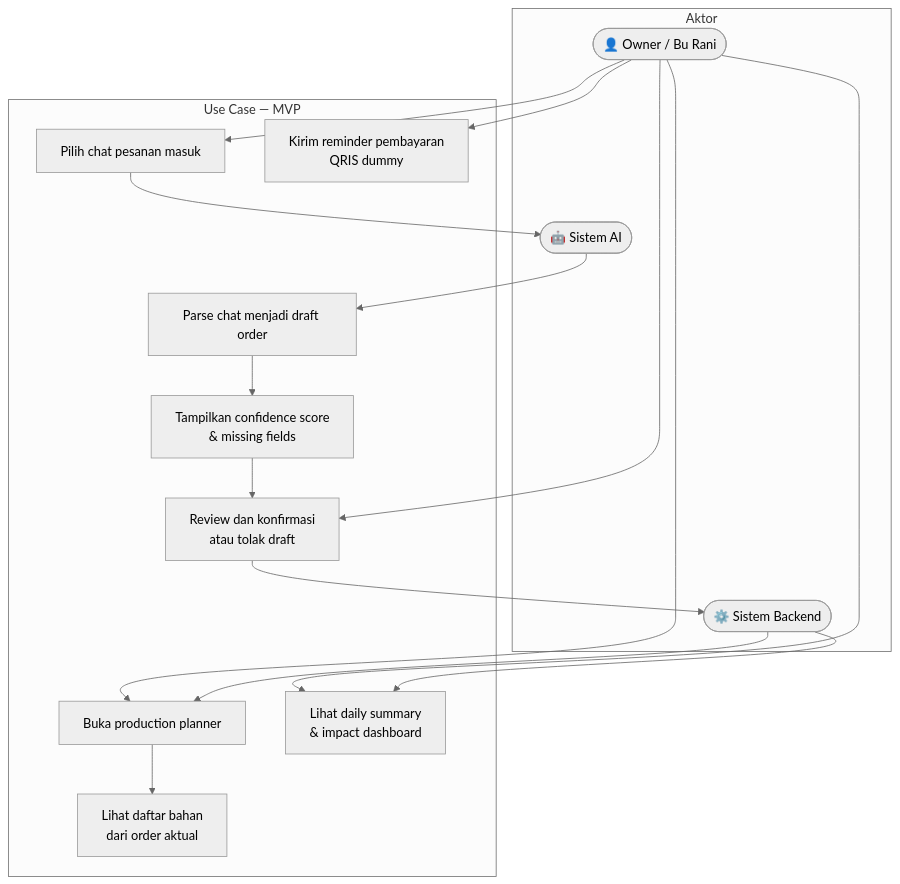
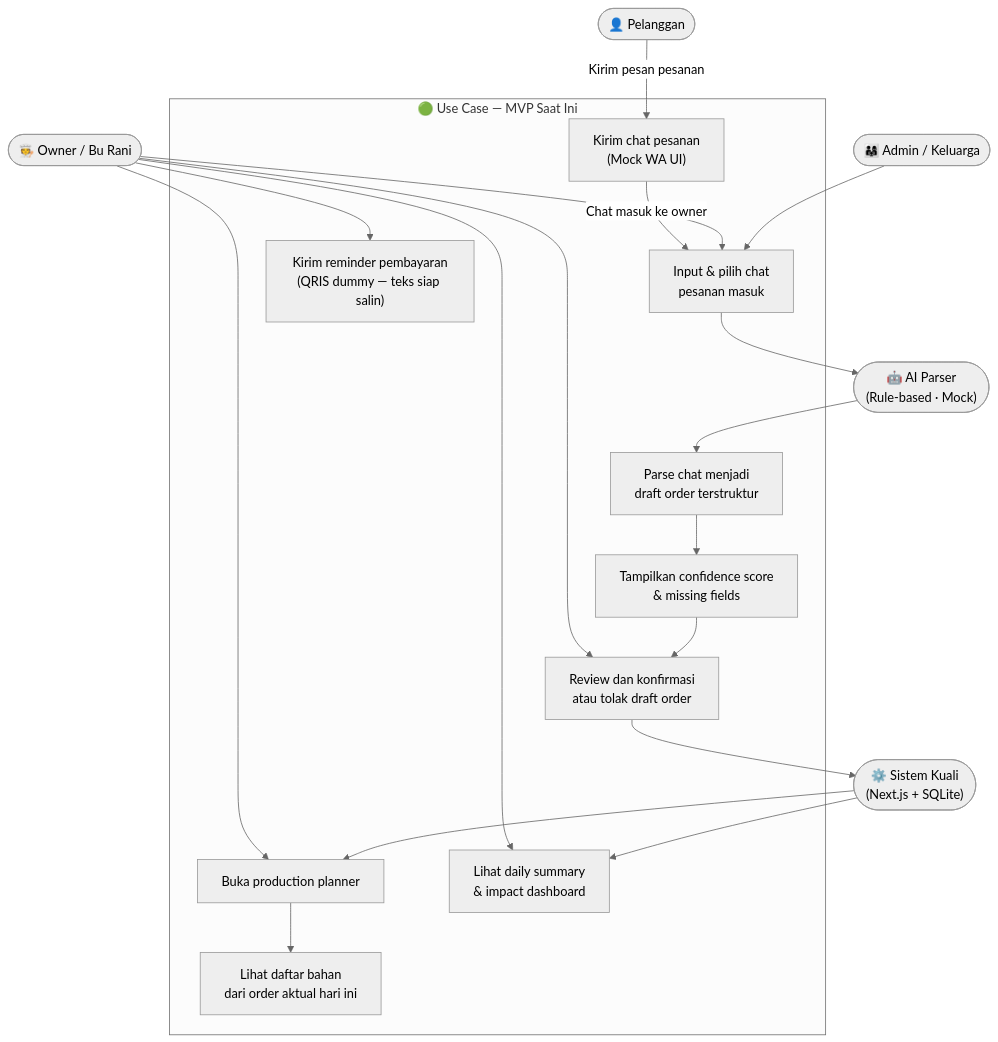
Before and after one commit to codezeros18/kuali: the first of 7 diagrams in docs/proposal/11_MERMAID_DIAGRAMS.md, drawn with Mermaid (neutral theme). The commit also changed other lines of this file and 12 other files, not shown here.

````diff
--- a/docs/proposal/11_MERMAID_DIAGRAMS.md
+++ b/docs/proposal/11_MERMAID_DIAGRAMS.md
@@ -31,35 +44,40 @@
 ```mermaid
 flowchart TD
-    subgraph Aktor
-        Owner(["👤 Owner / Bu Rani"])
-        AI(["🤖 Sistem AI"])
-        Backend(["⚙️ Sistem Backend"])
-    end
+    Pelanggan(["👤 Pelanggan"])
+    Owner(["🧑‍🍳 Owner / Bu Rani"])
+    Admin(["👨‍👩‍👧 Admin / Keluarga"])
+    AIParser(["🤖 AI Parser\n(Rule-based · Mock)"])
+    KualiSys(["⚙️ Sistem Kuali\n(Next.js + SQLite)"])
 
-    subgraph UseCaseMVP["Use Case — MVP"]
-        UC1["Pilih chat pesanan masuk"]
-        UC2["Parse chat menjadi draft order"]
+    subgraph UseCaseMVP["🟢 Use Case — MVP Saat Ini"]
+        UC0["Kirim chat pesanan\n(Mock WA UI)"]
+        UC1["Input & pilih chat\npesanan masuk"]
+        UC2["Parse chat menjadi\ndraft order terstruktur"]
         UC3["Tampilkan confidence score\n& missing fields"]
-        UC4["Review dan konfirmasi\natau tolak draft"]
-        UC5["Kirim reminder pembayaran\nQRIS dummy"]
+        UC4["Review dan konfirmasi\natau tolak draft order"]
+        UC5["Kirim reminder pembayaran\n(QRIS dummy — teks siap salin)"]
         UC6["Buka production planner"]
-        UC7["Lihat daftar bahan\ndari order aktual"]
+        UC7["Lihat daftar bahan\ndari order aktual hari ini"]
         UC8["Lihat daily summary\n& impact dashboard"]
     end
 
+    Pelanggan -->|"Kirim pesan pesanan"| UC0
+    UC0 -->|"Chat masuk ke owner"| UC1
+
     Owner --> UC1
+    Admin --> UC1
     Owner --> UC4
     Owner --> UC5
     Owner --> UC6
     Owner --> UC8
 
-    UC1 --> AI
-    AI --> UC2
+    UC1 --> AIParser
+    AIParser --> UC2
     UC2 --> UC3
     UC3 --> UC4
 
-    UC4 --> Backend
-    Backend --> UC6
+    UC4 --> KualiSys
+    KualiSys --> UC6
     UC6 --> UC7
-    Backend --> UC8
+    KualiSys --> UC8
 ```
````
